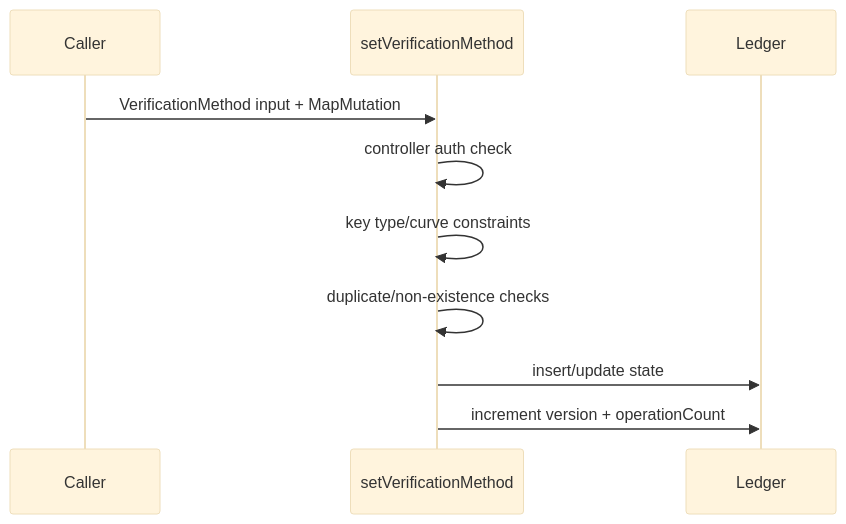
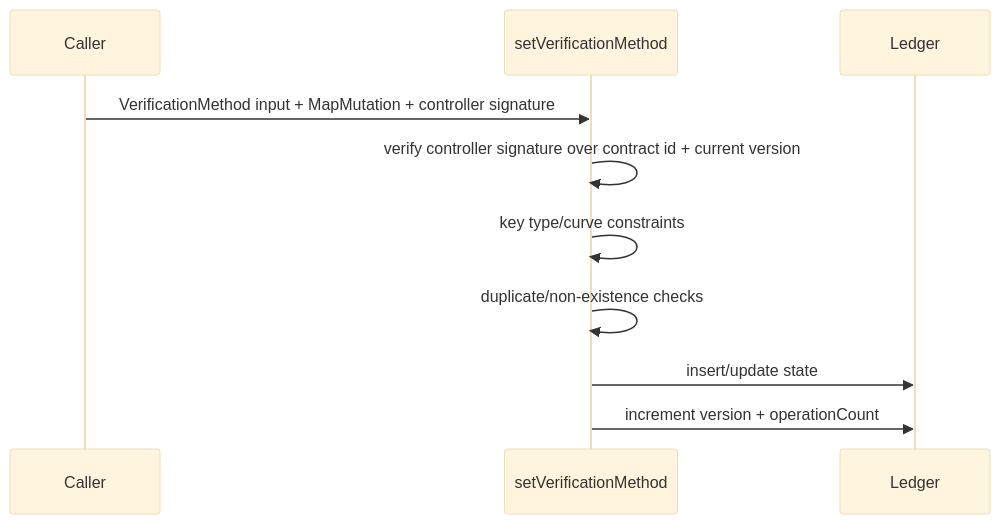
The second of 3 diagrams in packages/contract/README.md (midnightntwrk/midnight-did), drawn with Mermaid (base theme) before and after one commit. The commit also changed other lines of this file and 26 other files, not shown here.

````diff
--- a/packages/contract/README.md
+++ b/packages/contract/README.md
@@ -25,13 +25,13 @@
 ```mermaid
 sequenceDiagram
   participant Caller
   participant Circuit as setVerificationMethod
   participant Ledger
 
-  Caller->>Circuit: VerificationMethod input + MapMutation
-  Circuit->>Circuit: controller auth check
+  Caller->>Circuit: VerificationMethod input + MapMutation + controller signature
+  Circuit->>Circuit: verify controller signature over contract id + current version
   Circuit->>Circuit: key type/curve constraints
   Circuit->>Circuit: duplicate/non-existence checks
   Circuit->>Ledger: insert/update state
   Circuit->>Ledger: increment version + operationCount
 ```
````
